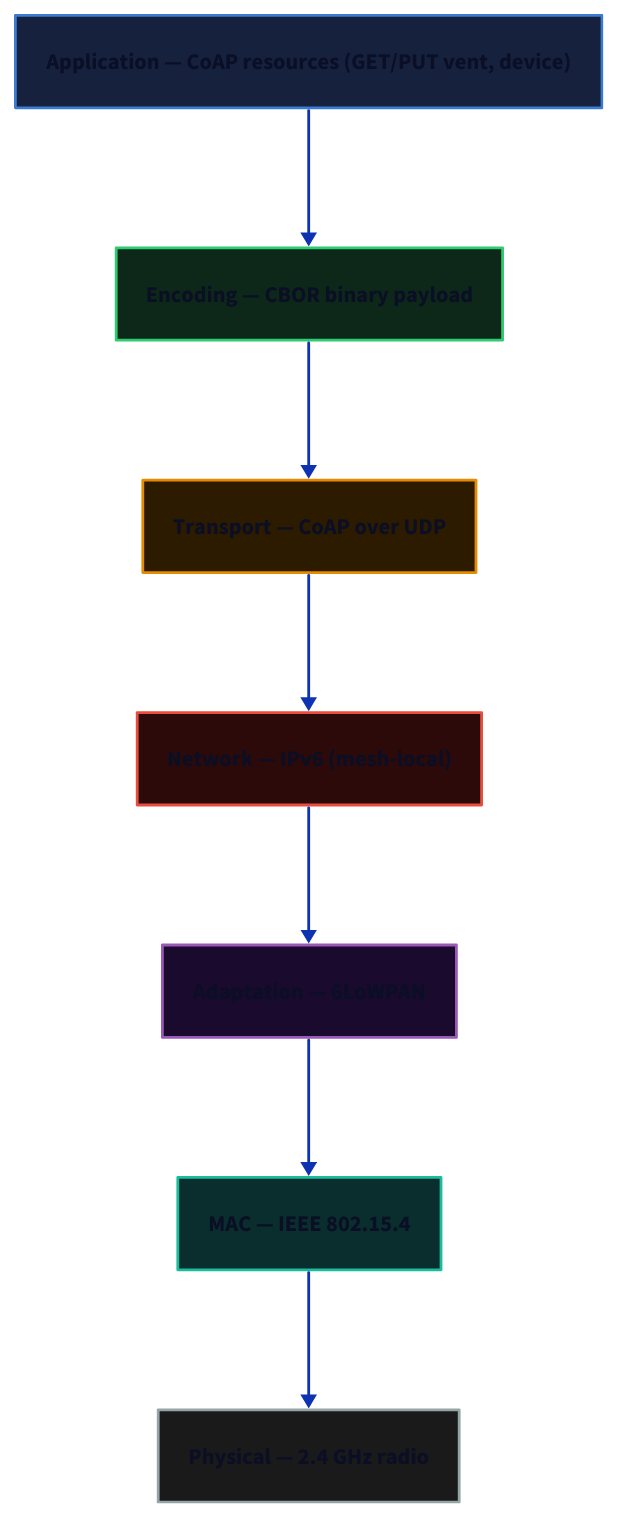
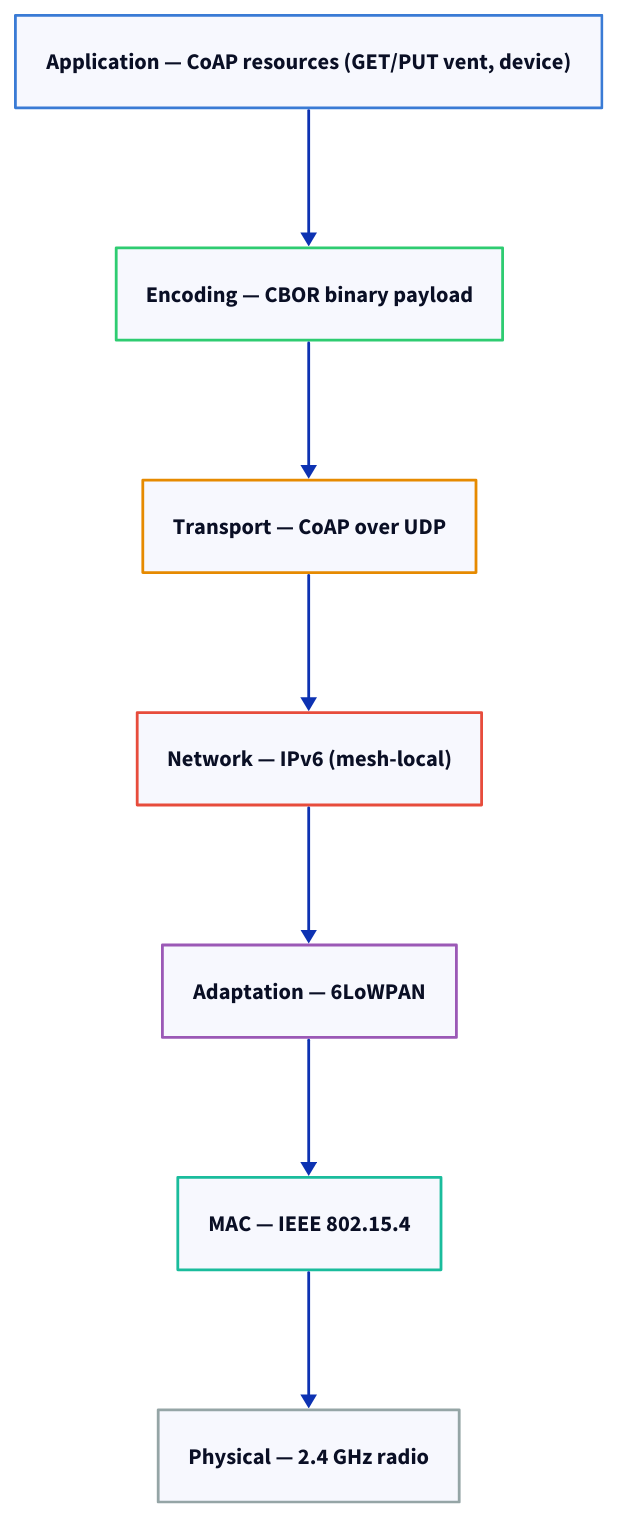
One commit to EtaCassiopeia/smart-vent changed the diagram in docs/diagrams/protocol-stack.d2. Above: the diagram before and after it, drawn with D2. The commit also changed 17 other files, not shown here.

First line of the commit message:
Fix text readability in D2 diagrams

```diff
--- a/docs/diagrams/protocol-stack.d2
+++ b/docs/diagrams/protocol-stack.d2
@@ -1,46 +1,32 @@
 direction: down
 
-app: Application {
-  label: "Application — CoAP resources (GET/PUT vent, device)"
-  style.fill: "#16213e"
+app: "Application — CoAP resources (GET/PUT vent, device)" {
   style.stroke: "#3a7bd5"
   style.font-size: 16
 }
-enc: Encoding {
-  label: "Encoding — CBOR binary payload"
-  style.fill: "#0d2818"
+enc: "Encoding — CBOR binary payload" {
   style.stroke: "#2ecc71"
   style.font-size: 16
 }
-transport: Transport {
-  label: "Transport — CoAP over UDP"
-  style.fill: "#2d1b00"
+transport: "Transport — CoAP over UDP" {
   style.stroke: "#e68a00"
   style.font-size: 16
 }
-network: Network {
-  label: "Network — IPv6 (mesh-local)"
-  style.fill: "#2d0a0a"
+network: "Network — IPv6 (mesh-local)" {
   style.stroke: "#e74c3c"
   style.font-size: 16
 }
-adapt: Adaptation {
-  label: "Adaptation — 6LoWPAN"
-  style.fill: "#1a0a2e"
+adapt: "Adaptation — 6LoWPAN" {
   style.stroke: "#9b59b6"
   style.font-size: 16
 }
-mac: MAC {
-  label: "MAC — IEEE 802.15.4"
-  style.fill: "#0a2d2d"
+mac: "MAC — IEEE 802.15.4" {
   style.stroke: "#1abc9c"
   style.font-size: 16
 }
-phy: Physical {
-  label: "Physical — 2.4 GHz radio"
-  style.fill: "#1a1a1a"
+phy: "Physical — 2.4 GHz radio" {
   style.stroke: "#95a5a6"
   style.font-size: 16
 }
 
 app -> enc -> transport -> network -> adapt -> mac -> phy
```
